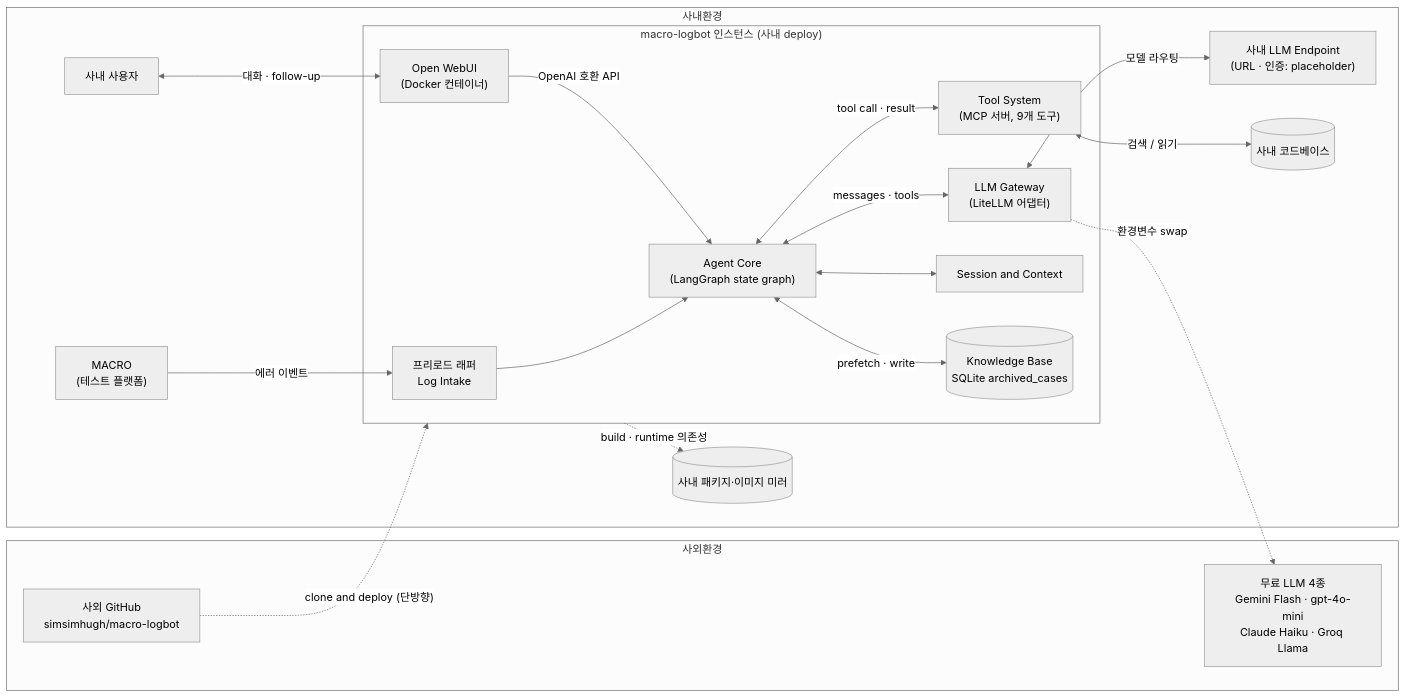
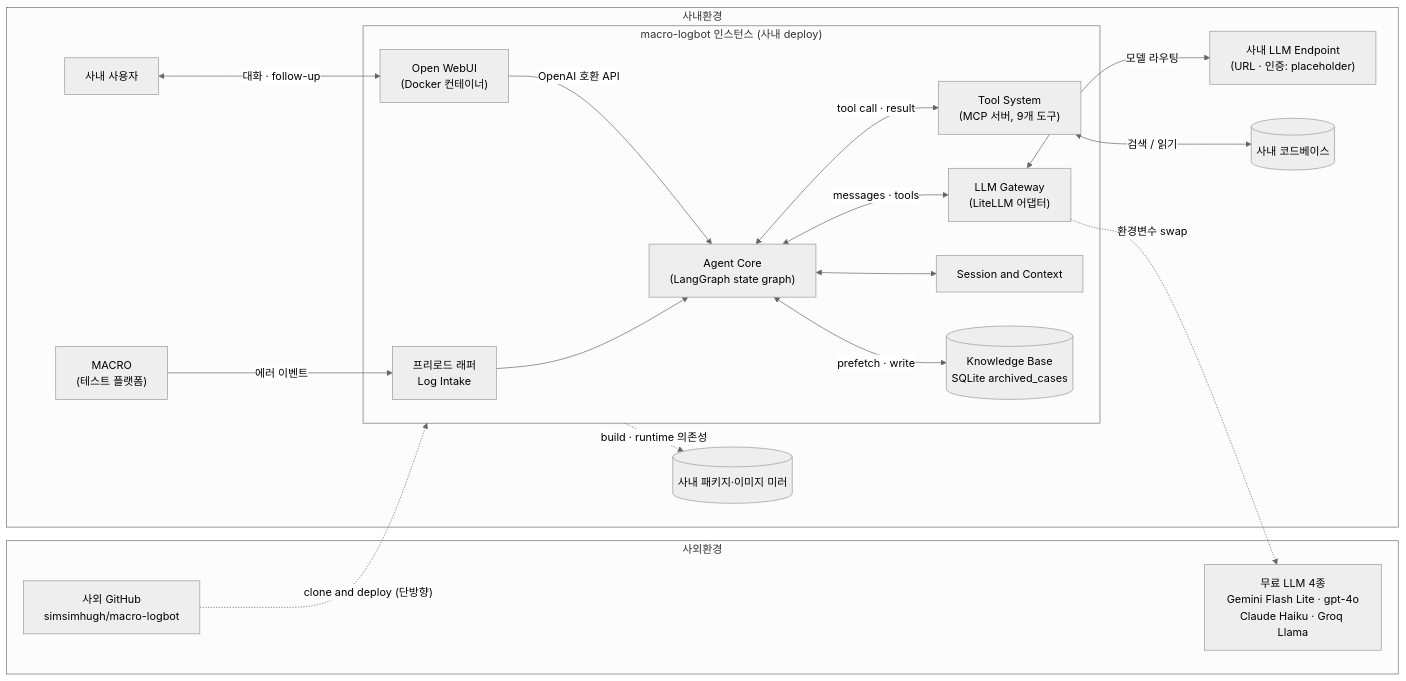
Before and after one commit to simsimhugh/macro-logbot: the first of 8 diagrams in docs/design/02-설계문서.md, drawn with Mermaid (neutral theme). The commit also changed other lines of this file and 3 other files, not shown here.

````diff
--- a/docs/design/02-설계문서.md
+++ b/docs/design/02-설계문서.md
@@ -50,40 +50,40 @@
 ```mermaid
 flowchart LR
     subgraph 사외환경
         H["사외 GitHub<br/>simsimhugh/macro-logbot"]
-        FREE["무료 LLM 4종<br/>Gemini Flash · gpt-4o-mini<br/>Claude Haiku · Groq Llama"]
+        FREE["무료 LLM 4종<br/>Gemini Flash Lite · gpt-4o<br/>Claude Haiku · Groq Llama"]
     end
 
     subgraph 사내환경
         A["MACRO<br/>(테스트 플랫폼)"]
         F["사내 LLM Endpoint<br/>(URL · 인증: placeholder)"]
         E[("사내 코드베이스")]
         G["사내 사용자"]
         MIR[("사내 패키지·이미지 미러")]
 
         subgraph deploy["macro-logbot 인스턴스 (사내 deploy)"]
             B["프리로드 래퍼<br/>Log Intake"]
             UI["Open WebUI<br/>(Docker 컨테이너)"]
             AC["Agent Core<br/>(LangGraph state graph)"]
             LG["LLM Gateway<br/>(LiteLLM 어댑터)"]
             D["Tool System<br/>(MCP 서버, 9개 도구)"]
             S["Session and Context"]
             KB[("Knowledge Base<br/>SQLite archived_cases")]
         end
         deploy -.->|"build · runtime 의존성"| MIR
     end
 
     A -->|"에러 이벤트"| B
     B --> AC
     G <-->|"대화 · follow-up"| UI
     UI -->|"OpenAI 호환 API"| AC
     AC <-->|"messages · tools"| LG
     LG <-->|"모델 라우팅"| F
     LG -.->|"환경변수 swap"| FREE
     AC <-->|"tool call · result"| D
     D <-->|"검색 / 읽기"| E
     AC <--> S
     AC <-->|"prefetch · write"| KB
 
     H -.->|"clone and deploy (단방향)"| deploy
 ```
````
